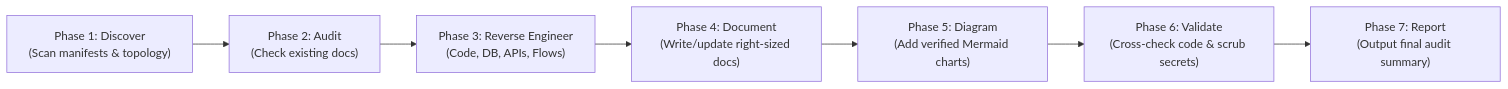
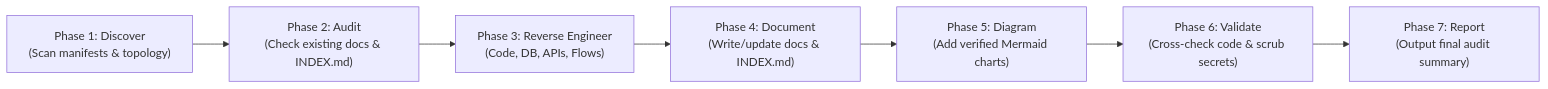
One commit to App-Ringer/AI changed the diagram in .agents/skills/project-documentation-auditor/SKILL.md. Above: the diagram before and after it, drawn with Mermaid. The commit also changed other lines of this file and 9 other files, not shown here.

````diff
--- a/.agents/skills/project-documentation-auditor/SKILL.md
+++ b/.agents/skills/project-documentation-auditor/SKILL.md
@@ -479,9 +348,9 @@
 ```mermaid
 flowchart LR
-  P1["Phase 1: Discover<br/>(Scan manifests & topology)"] --> P2["Phase 2: Audit<br/>(Check existing docs)"]
+  P1["Phase 1: Discover<br/>(Scan manifests & topology)"] --> P2["Phase 2: Audit<br/>(Check existing docs & INDEX.md)"]
   P2 --> P3["Phase 3: Reverse Engineer<br/>(Code, DB, APIs, Flows)"]
-  P3 --> P4["Phase 4: Document<br/>(Write/update right-sized docs)"]
+  P3 --> P4["Phase 4: Document<br/>(Write/update docs & INDEX.md)"]
   P4 --> P5["Phase 5: Diagram<br/>(Add verified Mermaid charts)"]
   P5 --> P6["Phase 6: Validate<br/>(Cross-check code & scrub secrets)"]
   P6 --> P7["Phase 7: Report<br/>(Output final audit summary)"]
 ```
````
